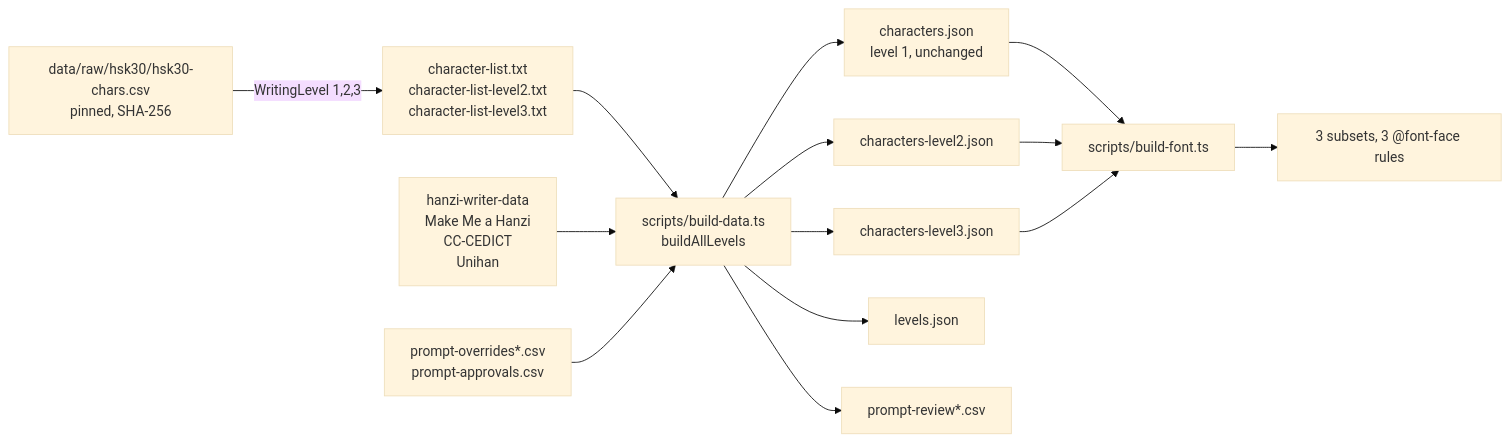
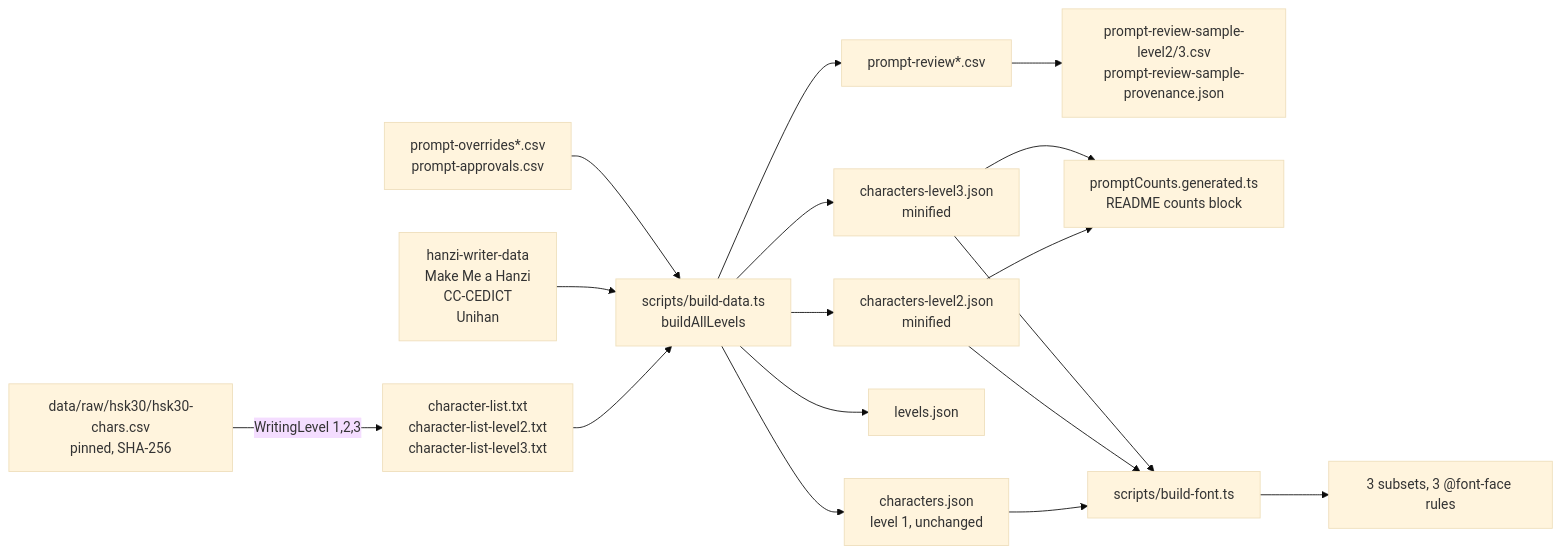
The first of 2 diagrams in .kiro/specs/harder-ghosts/design.md (Taki-PRO/ghost-script), drawn with Mermaid (base theme) before and after one commit. The commit also changed other lines of this file and 89 other files, not shown here.

````diff
--- a/.kiro/specs/harder-ghosts/design.md
+++ b/.kiro/specs/harder-ghosts/design.md
@@ -39,14 +41,16 @@
 ```mermaid
 flowchart LR
   CSV[data/raw/hsk30/hsk30-chars.csv<br/>pinned, SHA-256] -->|WritingLevel 1,2,3| LISTS[character-list.txt<br/>character-list-level2.txt<br/>character-list-level3.txt]
   LISTS --> PIPE[scripts/build-data.ts<br/>buildAllLevels]
   RAW[hanzi-writer-data<br/>Make Me a Hanzi<br/>CC-CEDICT<br/>Unihan] --> PIPE
   OV[prompt-overrides*.csv<br/>prompt-approvals.csv] --> PIPE
   PIPE --> D1[characters.json<br/>level 1, unchanged]
-  PIPE --> D2[characters-level2.json]
-  PIPE --> D3[characters-level3.json]
+  PIPE --> D2[characters-level2.json<br/>minified]
+  PIPE --> D3[characters-level3.json<br/>minified]
   PIPE --> MAN[levels.json]
   PIPE --> REV[prompt-review*.csv]
+  REV --> SAMP[prompt-review-sample-level2/3.csv<br/>prompt-review-sample-provenance.json]
+  D2 & D3 --> CNT[promptCounts.generated.ts<br/>README counts block]
   D1 & D2 & D3 --> FONT[scripts/build-font.ts]
   FONT --> F[3 subsets, 3 @font-face rules]
 ```
````
